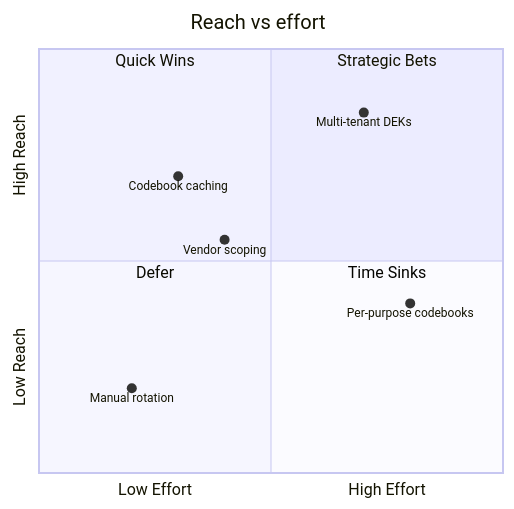
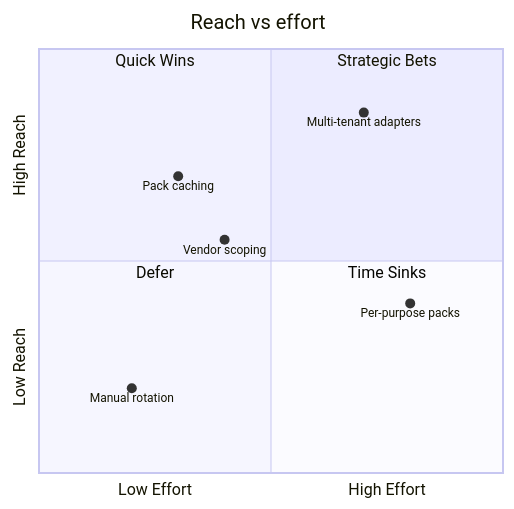
The ninth of 25 diagrams in lib/components/diagram/diagram/diagram.gallery.md (SlideWright/lattice), drawn with Mermaid before and after one commit. The commit also changed other lines of this file and 75 other files, not shown here.

````diff
--- a/lib/components/diagram/diagram/diagram.gallery.md
+++ b/lib/components/diagram/diagram/diagram.gallery.md
@@ -271,15 +271,15 @@
 ```mermaid
 quadrantChart
   title Reach vs effort
   x-axis Low Effort --> High Effort
   y-axis Low Reach --> High Reach
   quadrant-1 Strategic Bets
   quadrant-2 Quick Wins
   quadrant-3 Defer
   quadrant-4 Time Sinks
-  Codebook caching: [0.3, 0.7]
-  Multi-tenant DEKs: [0.7, 0.85]
-  Per-purpose codebooks: [0.8, 0.4]
+  Pack caching: [0.3, 0.7]
+  Multi-tenant adapters: [0.7, 0.85]
+  Per-purpose packs: [0.8, 0.4]
   Vendor scoping: [0.4, 0.55]
   Manual rotation: [0.2, 0.2]
 ```
````
